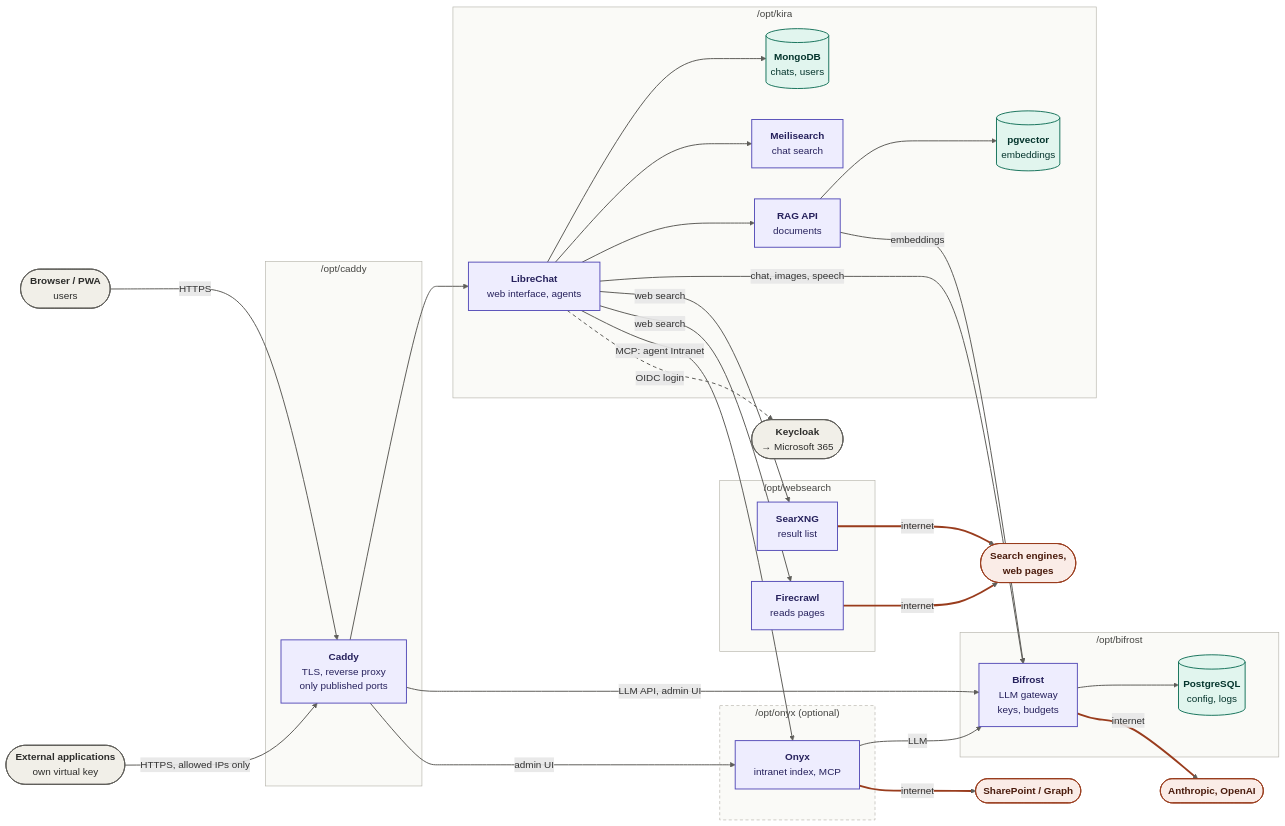
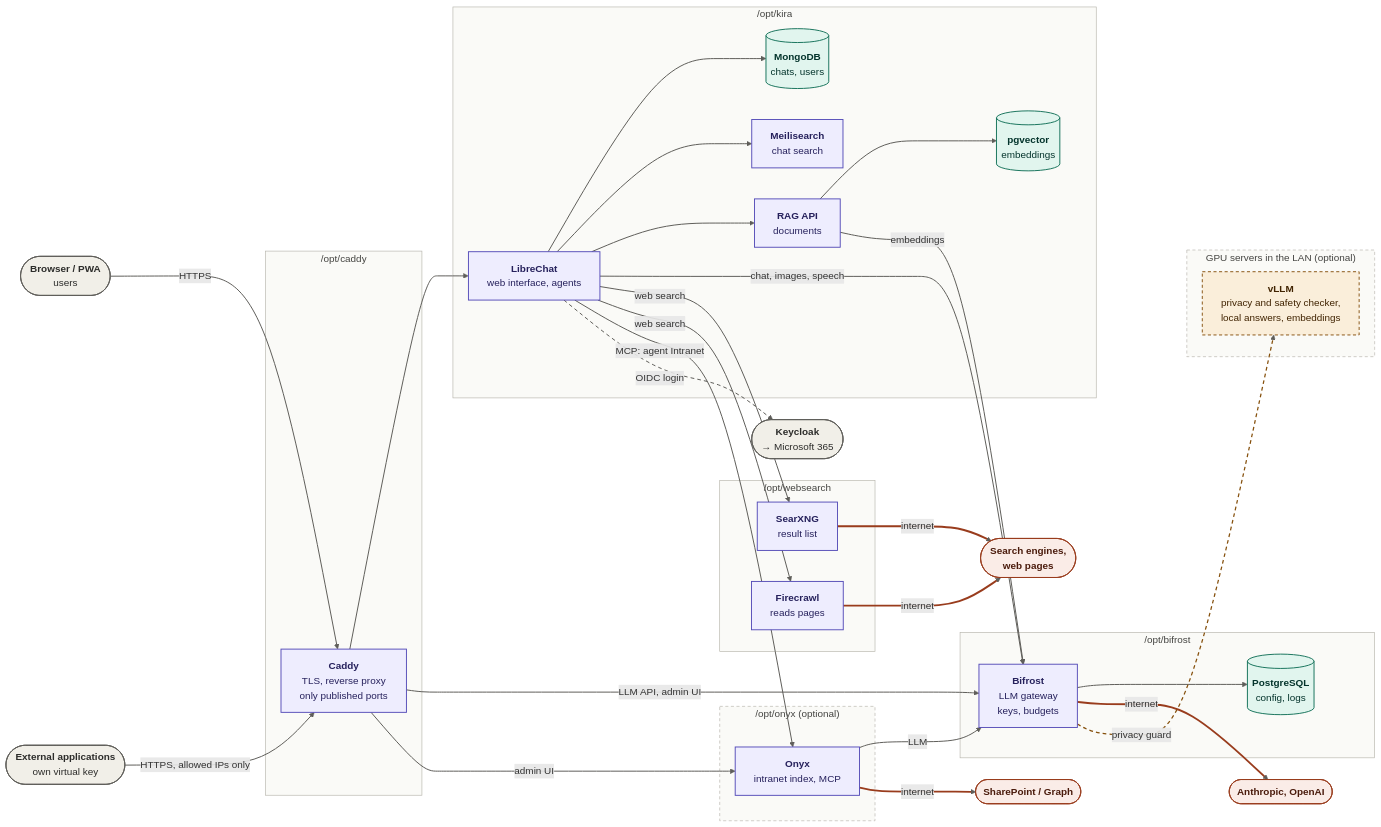
One commit to mrprohl/KIRA changed the diagram in kira/docs/architecture.mmd. Above: the diagram before and after it, drawn with Mermaid. The commit also changed 4 other files, not shown here.

First line of the commit message:
Docs: privacy guard in INSTALL, architecture image, network diagram

```diff
--- a/kira/docs/architecture.mmd
+++ b/kira/docs/architecture.mmd
@@ -1,63 +1,72 @@
 %% Source of docs/architecture.png – render: mmdc -i architecture.mmd -o architecture.png -b white -w 3600 -s 3 -c <config with "layout":"elk">
 flowchart LR
   U([<b>Browser / PWA</b><br/>users]) -->|HTTPS| C
   EXT([<b>External applications</b><br/>own virtual key]) -->|HTTPS, allowed IPs only| C
 
   subgraph caddy["/opt/caddy"]
     C[<b>Caddy</b><br/>TLS, reverse proxy<br/>only published ports]
   end
 
   subgraph kira["/opt/kira"]
     LC[<b>LibreChat</b><br/>web interface, agents]
     MO[(<b>MongoDB</b><br/>chats, users)]
     ME[<b>Meilisearch</b><br/>chat search]
     RAG[<b>RAG API</b><br/>documents]
     VDB[(<b>pgvector</b><br/>embeddings)]
   end
 
   subgraph bifrost["/opt/bifrost"]
     BF[<b>Bifrost</b><br/>LLM gateway<br/>keys, budgets]
     BDB[(<b>PostgreSQL</b><br/>config, logs)]
   end
 
   subgraph websearch["/opt/websearch"]
     SX[<b>SearXNG</b><br/>result list]
     FC[<b>Firecrawl</b><br/>reads pages]
   end
 
   subgraph onyx["/opt/onyx (optional)"]
     OX[<b>Onyx</b><br/>intranet index, MCP]
   end
 
+  subgraph gpu["GPU servers in the LAN (optional)"]
+    VL[<b>vLLM</b><br/>privacy and safety checker,<br/>local answers, embeddings]
+  end
+
   C --> LC
   C -->|LLM API, admin UI| BF
   C -->|admin UI| OX
   LC --> MO & ME & RAG
   RAG --> VDB
   LC -->|chat, images, speech| BF
   RAG -->|embeddings| BF
   LC -->|web search| SX & FC
   LC -->|MCP: agent Intranet| OX
   OX -->|LLM| BF
   BF --> BDB
   LC -.->|OIDC login| KC([<b>Keycloak</b><br/>→ Microsoft 365])
   BF ==>|internet| AI([<b>Anthropic, OpenAI</b>])
   SX & FC ==>|internet| WEB([<b>Search engines,<br/>web pages</b>])
   OX ==>|internet| SP([<b>SharePoint / Graph</b>])
+  BF -.->|privacy guard| VL
 
   classDef ext fill:#F1EFE8,stroke:#5F5E5A,color:#2C2C2A,stroke-width:1.5px
   classDef svc fill:#EEEDFE,stroke:#534AB7,color:#26215C,stroke-width:1.5px
   classDef data fill:#E1F5EE,stroke:#0F6E56,color:#04342C,stroke-width:1.5px
   classDef net fill:#FAECE7,stroke:#993C1D,color:#4A1B0C,stroke-width:1.5px
   class U,EXT,KC ext
   class C,LC,ME,RAG,BF,SX,FC,OX svc
   class MO,VDB,BDB data
   class AI,WEB,SP net
+  classDef opt fill:#FAEEDA,stroke:#854F0B,color:#412402,stroke-width:1.5px,stroke-dasharray:5 4
+  class VL opt
   style caddy fill:#FAFAF7,stroke:#B4B2A9,stroke-width:1px,color:#444441
   style kira fill:#FAFAF7,stroke:#B4B2A9,stroke-width:1px,color:#444441
   style bifrost fill:#FAFAF7,stroke:#B4B2A9,stroke-width:1px,color:#444441
   style websearch fill:#FAFAF7,stroke:#B4B2A9,stroke-width:1px,color:#444441
   style onyx fill:#FAFAF7,stroke:#B4B2A9,stroke-width:1px,stroke-dasharray:5 4,color:#444441
+  style gpu fill:#FAFAF7,stroke:#B4B2A9,stroke-width:1px,stroke-dasharray:5 4,color:#444441
   linkStyle default stroke:#5F5E5A,stroke-width:1.6px
   linkStyle 17,18,19,20 stroke:#993C1D,stroke-width:3px
   linkStyle 16 stroke:#5F5E5A,stroke-width:1.6px,stroke-dasharray:6 5
+  linkStyle 21 stroke:#854F0B,stroke-width:2px,stroke-dasharray:6 5
```
